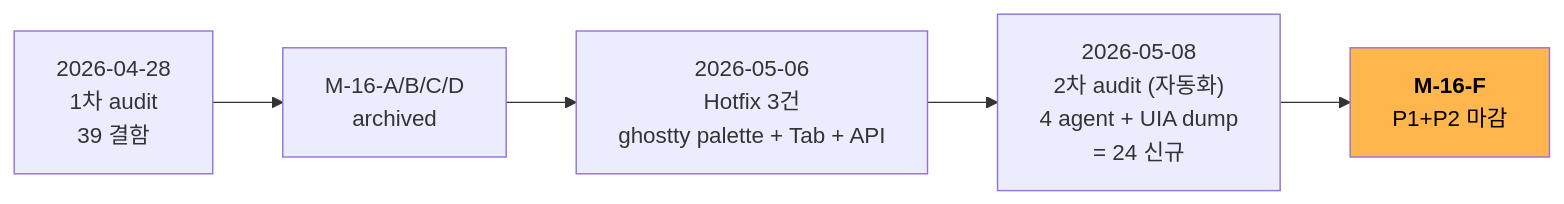
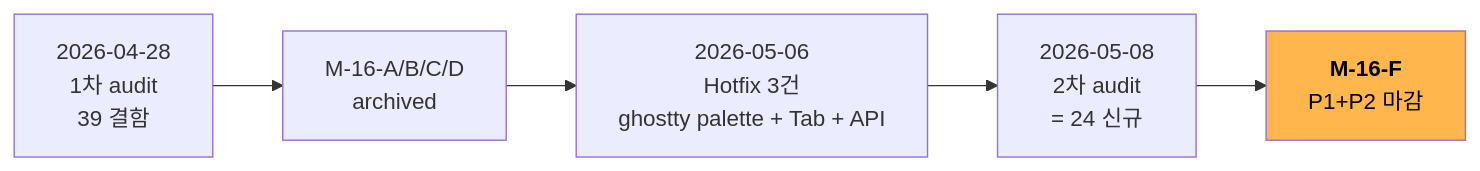
The diagram in docs/00-pm/m16-f-ui-completion.prd.md (solitasroh/ghostwin), drawn with Mermaid before and after one commit. The commit also changed other lines of this file and 2 other files, not shown here.

````diff
--- a/docs/00-pm/m16-f-ui-completion.prd.md
+++ b/docs/00-pm/m16-f-ui-completion.prd.md
@@ -31,9 +31,9 @@
 ```mermaid
 flowchart LR
     A28["2026-04-28<br/>1차 audit<br/>39 결함"] --> M["M-16-A/B/C/D<br/>archived"]
     M --> H["2026-05-06<br/>Hotfix 3건<br/>ghostty palette + Tab + API"]
-    H --> A08["2026-05-08<br/>2차 audit (자동화)<br/>4 agent + UIA dump<br/>= 24 신규"]
+    H --> A08["2026-05-08<br/>2차 audit<br/>= 24 신규"]
     A08 --> F["<b>M-16-F</b><br/>P1+P2 마감"]
 
     style F fill:#FFB74D,color:#000
 ```
````
